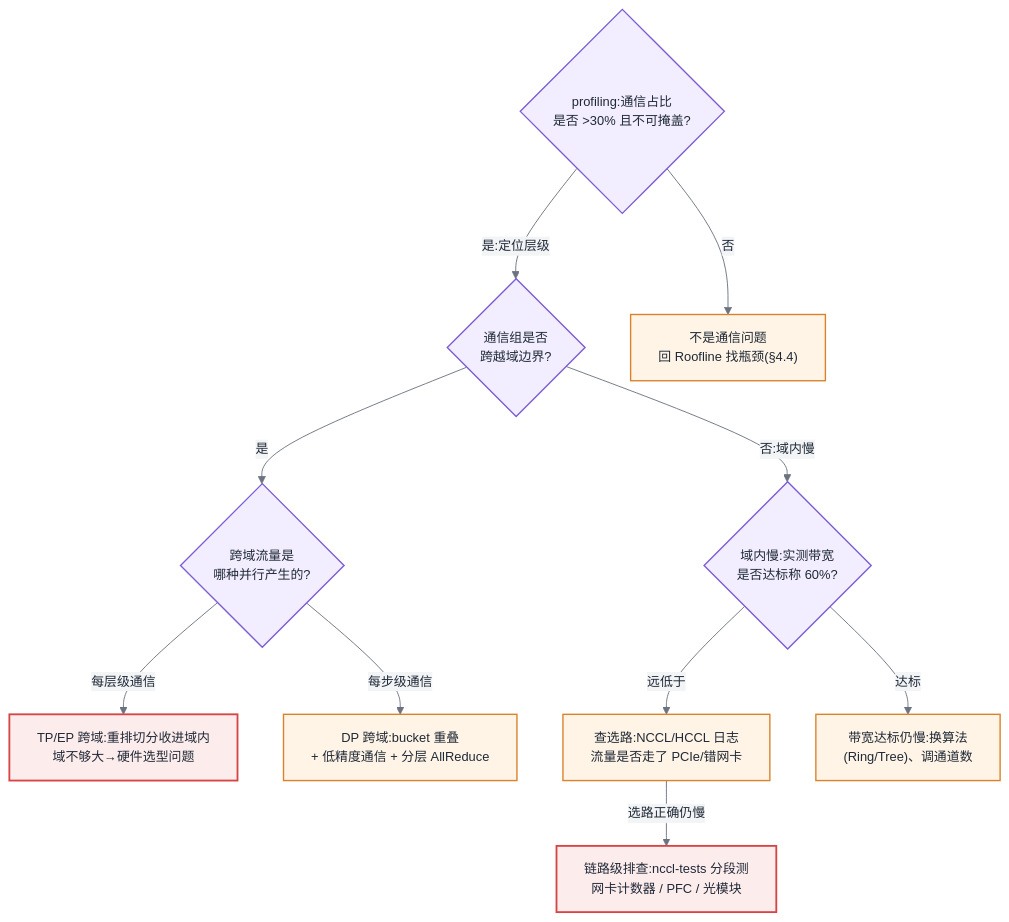
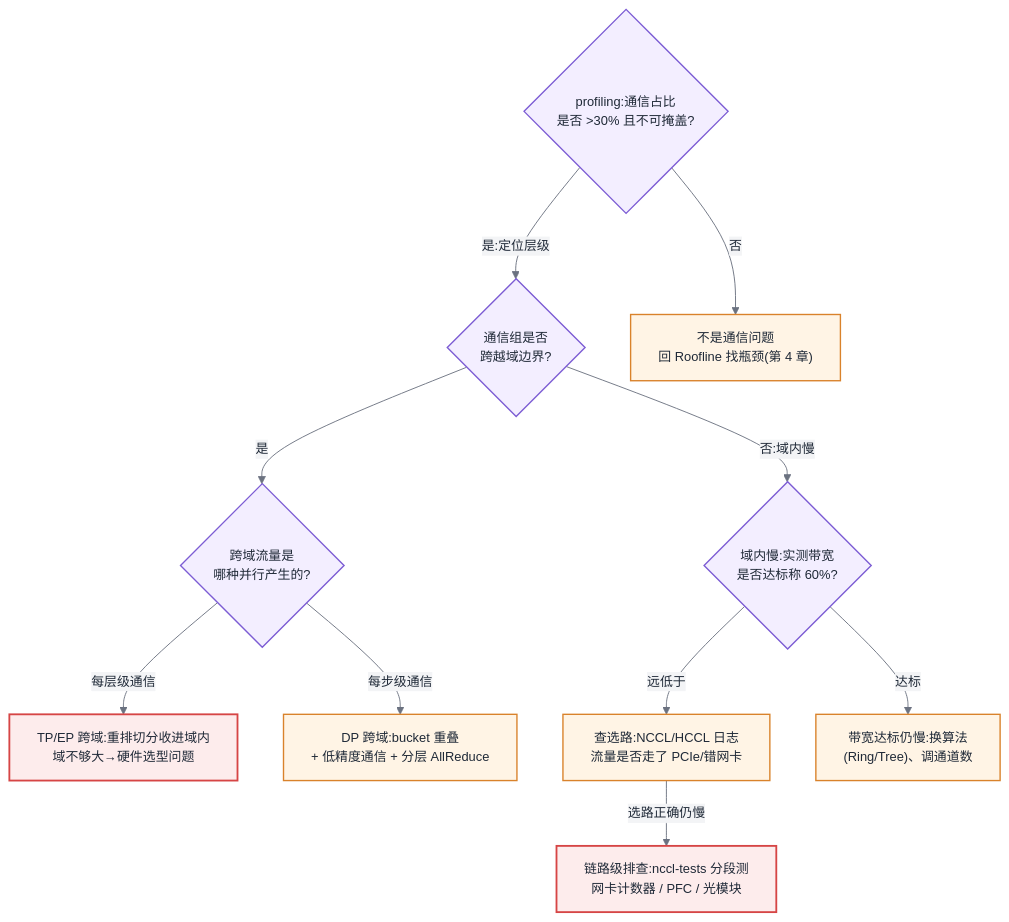
Before and after one commit to cdavid817/AI-Infra: the third of 4 diagrams in 第一部分-基础与心智模型/第07章-互联与集合通信.md, drawn with Mermaid. The commit also changed 12 other files, not shown here.

Commit message:
mermaid 图内不再出现 §X.Y 小节引用:本章自引删除,跨章引用改为「第 X 章」表述(13 文件 28 处)

````diff
--- a/第一部分-基础与心智模型/第07章-互联与集合通信.md
+++ b/第一部分-基础与心智模型/第07章-互联与集合通信.md
@@ -244,32 +244,32 @@
 ```mermaid
 %%{init: {'theme':'base','themeVariables':{
   'primaryColor':'#EEF4FF','primaryBorderColor':'#3B6FD4','primaryTextColor':'#1F2937',
   'secondaryColor':'#F3F4F6','tertiaryColor':'#FFFFFF',
   'lineColor':'#6B7280','fontFamily':'-apple-system, Segoe UI, Helvetica, Arial, sans-serif','fontSize':'14px'
 }}}%%
 flowchart TB
   classDef control fill:#F3EEFF,stroke:#7C5CD4,stroke-width:1.5px,color:#1F2937
   classDef comm fill:#FFF4E5,stroke:#D9822B,stroke-width:1.5px,color:#1F2937
   classDef bottleneck fill:#FDECEC,stroke:#D64545,stroke-width:2px,color:#1F2937
 
   Q0{"profiling:通信占比<br/>是否 >30% 且不可掩盖?"}:::control
   Q1{"通信组是否<br/>跨越域边界?"}:::control
   Q2{"跨域流量是<br/>哪种并行产生的?"}:::control
   Q3{"域内慢:实测带宽<br/>是否达标称 60%?"}:::control
-  A0["不是通信问题<br/>回 Roofline 找瓶颈(§4.4)"]:::comm
+  A0["不是通信问题<br/>回 Roofline 找瓶颈(第 4 章)"]:::comm
   A1["TP/EP 跨域:重排切分收进域内<br/>域不够大→硬件选型问题"]:::bottleneck
   A2["DP 跨域:bucket 重叠<br/>+ 低精度通信 + 分层 AllReduce"]:::comm
   A3["查选路:NCCL/HCCL 日志<br/>流量是否走了 PCIe/错网卡"]:::comm
   A4["链路级排查:nccl-tests 分段测<br/>网卡计数器 / PFC / 光模块"]:::bottleneck
   A5["带宽达标仍慢:换算法<br/>(Ring/Tree)、调通道数"]:::comm
 
   Q0 -- "否" --> A0
   Q0 -- "是:定位层级" --> Q1
   Q1 -- "是" --> Q2
   Q2 -- "每层级通信" --> A1
   Q2 -- "每步级通信" --> A2
   Q1 -- "否:域内慢" --> Q3
   Q3 -- "远低于" --> A3
   A3 -- "选路正确仍慢" --> A4
   Q3 -- "达标" --> A5
 ```
````
